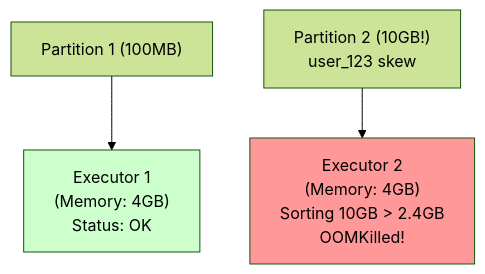
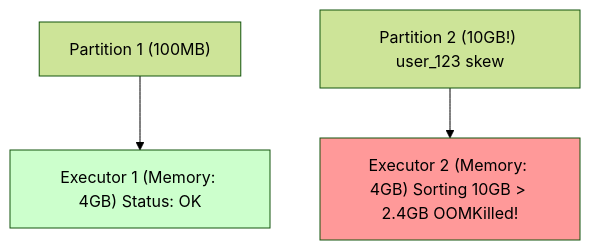
One commit to Anmol33/SystemDesign changed the sixth of 6 diagrams in Batch Processing/02_Apache_Spark.md. Above: the diagram before and after it, drawn with Mermaid (forest theme). The commit also changed other lines of this file and 7 other files, not shown here.

````diff
--- a/Batch Processing/02_Apache_Spark.md
+++ b/Batch Processing/02_Apache_Spark.md
@@ -289,8 +726,8 @@
 ```mermaid
 graph TD
-    P1["Partition 1 (100MB)"] --> E1["Executor 1<br/>(Memory: 4GB)<br/>Status: OK"]
-    P2["Partition 2 (10GB!)<br/>user_123 skew"] --> E2["Executor 2<br/>(Memory: 4GB)<br/>Sorting 10GB > 2.4GB<br/>OOMKilled!"]
+    P1["Partition 1 (100MB)"] --> E1["Executor 1 (Memory: 4GB) Status: OK"]
+    P2["Partition 2 (10GB!) user_123 skew"] --> E2["Executor 2 (Memory: 4GB) Sorting 10GB > 2.4GB OOMKilled!"]
     
     style E1 fill:#ccffcc
     style E2 fill:#ff9999
 ```
````
